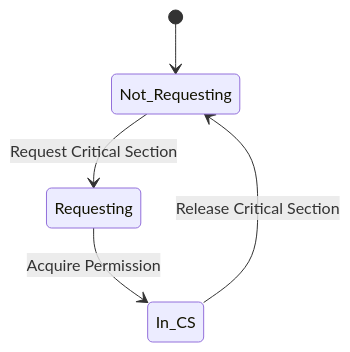
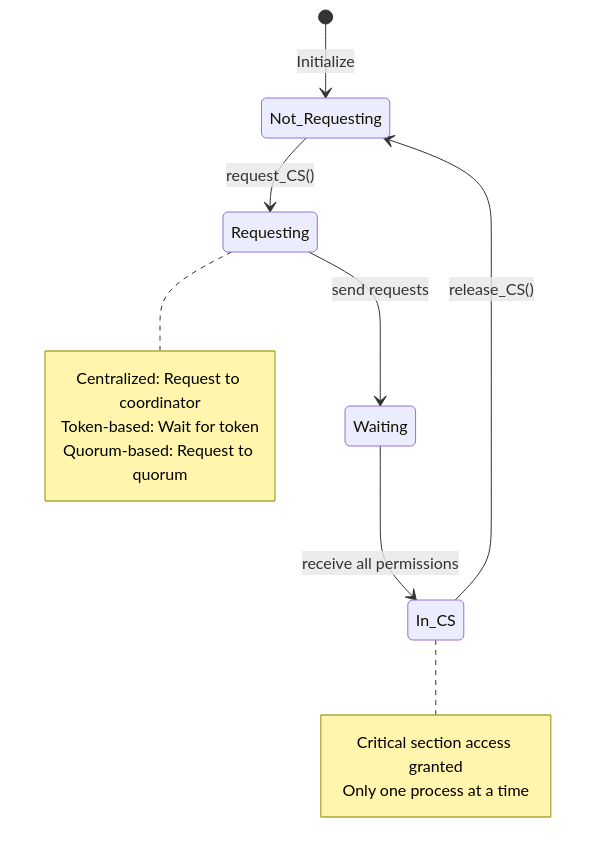
Before and after one commit to Asim-Shah-2004/Distributed_Computing: the sixth of 8 diagrams in README.md, drawn with Mermaid. The commit also changed other lines of this file, not shown here.

````diff
--- a/README.md
+++ b/README.md
@@ -81,7 +212,19 @@
 ```mermaid
 stateDiagram-v2
-    [*] --> Not_Requesting
-    Not_Requesting --> Requesting: Request Critical Section
-    Requesting --> In_CS: Acquire Permission
-    In_CS --> Not_Requesting: Release Critical Section
+    [*] --> Not_Requesting: Initialize
+    Not_Requesting --> Requesting: request_CS()
+    Requesting --> Waiting: send requests
+    Waiting --> In_CS: receive all permissions
+    In_CS --> Not_Requesting: release_CS()
+    
+    note right of Requesting
+        Centralized: Request to coordinator
+        Token-based: Wait for token
+        Quorum-based: Request to quorum
+    end note
+    
+    note right of In_CS
+        Critical section access granted
+        Only one process at a time
+    end note
 ```
````
